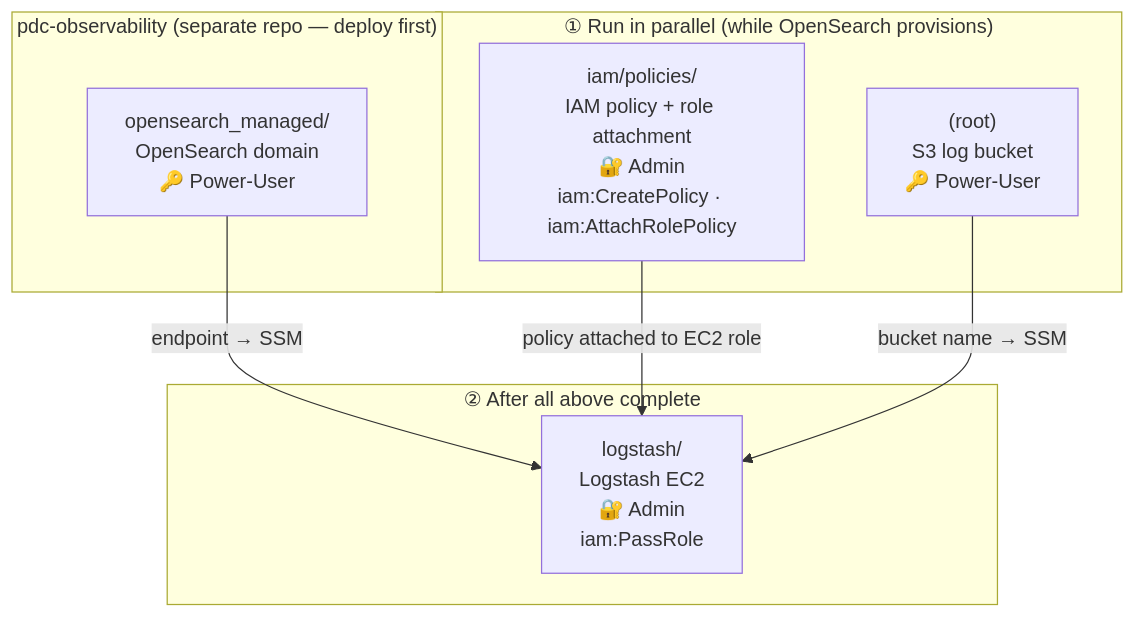
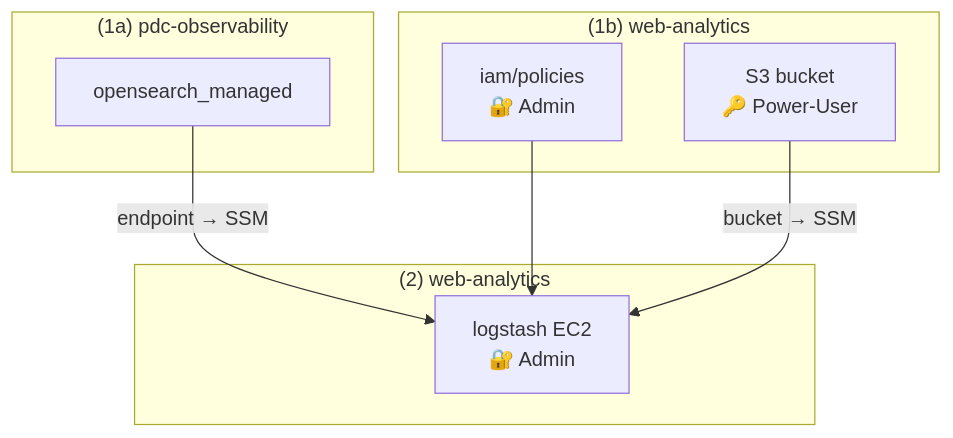
Before and after one commit to NASA-PDS/web-analytics: the diagram in terraform/README.md, drawn with Mermaid. The commit also changed other lines of this file and 1 other file, not shown here.

Commit message:
update README diagrams: top-level architecture and terraform deployment flow
- README.md: replace placeholder ASCII diagram with Mermaid architecture diagram
  showing PDS nodes → Data Upload Manager → pds-logs S3 → Logstash EC2
  → OpenSearch (pdc-observability) → Dashboards
- terraform/README.md: simplify deployment flow diagram labels; move explanatory
  text to procedural numbered steps below each diagram

````diff
--- a/terraform/README.md
+++ b/terraform/README.md
@@ -24,19 +22,19 @@
 ```mermaid
 flowchart TD
-    subgraph ext["pdc-observability (separate repo — deploy first)"]
-        OS["opensearch_managed/\nOpenSearch domain\n🔑 Power-User"]
+    subgraph ext["(1a) pdc-observability"]
+        OS["opensearch_managed"]
     end
 
-    subgraph phase1["① Run in parallel (while OpenSearch provisions)"]
-        IAM["iam/policies/\nIAM policy + role attachment\n🔐 Admin\niam:CreatePolicy · iam:AttachRolePolicy"]
-        S3["(root)\nS3 log bucket\n🔑 Power-User"]
+    subgraph phase1["(1b) web-analytics"]
+        IAM["iam/policies\n🔐 Admin"]
+        S3["S3 bucket\n🔑 Power-User"]
     end
 
-    subgraph phase2["② After all above complete"]
-        LS["logstash/\nLogstash EC2\n🔐 Admin\niam:PassRole"]
+    subgraph phase2["(2) web-analytics"]
+        LS["logstash EC2\n🔐 Admin"]
     end
 
     OS -->|"endpoint → SSM"| LS
-    IAM -->|"policy attached to EC2 role"| LS
-    S3 -->|"bucket name → SSM"| LS
+    IAM --> LS
+    S3 -->|"bucket → SSM"| LS
 ```
````
